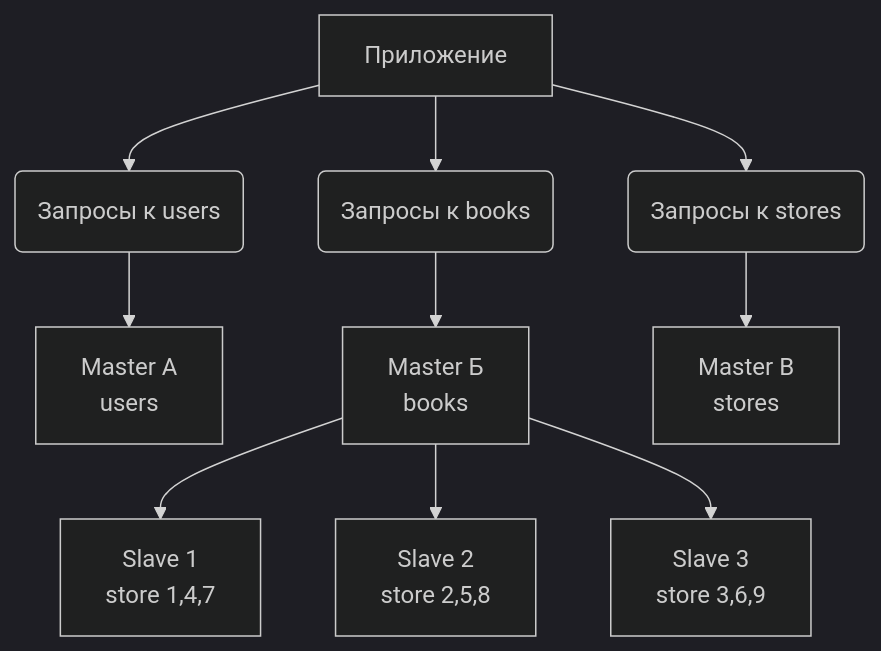
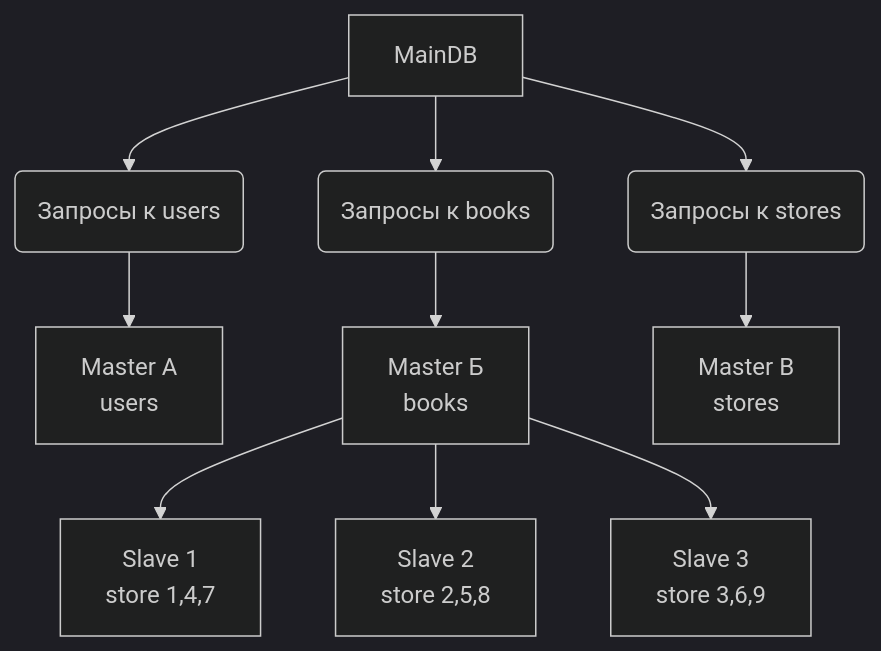
One commit to nikitarostorguev8837-alt/sdb-hw-12-07 changed the diagram in README.md. Above: the diagram before and after it, drawn with Mermaid (dark theme).

````diff
--- a/README.md
+++ b/README.md
@@ -30,14 +30,14 @@
 ```mermaid
 graph TD
-MainDB[Приложение] --> Users(Запросы к users)
+MainDB[MainDB] --> Users(Запросы к users)
 MainDB --> Books(Запросы к books)
 MainDB --> Stores(Запросы к stores)
 
 Users --> Master1[Master А<br>users]
 Books --> Master2[Master Б<br>books]
 Stores --> Master3[Master В<br>stores]
 
 Master2 --> Slave1[Slave 1<br>store 1,4,7]
 Master2 --> Slave2[Slave 2<br>store 2,5,8]
 Master2 --> Slave3[Slave 3<br>store 3,6,9]
 ```
````
